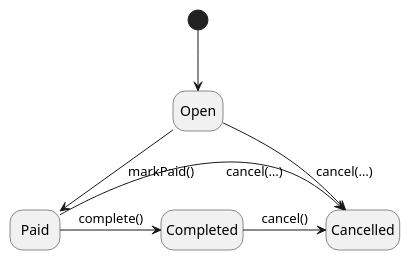
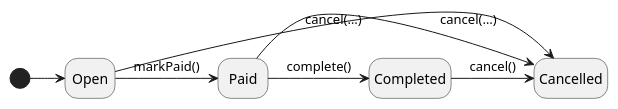
Before and after one commit to st-tu-dresden/salespoint: the second of 2 diagrams in src/main/asciidoc/salespoint-reference.adoc, drawn with PlantUML. The commit also changed other lines of this file and 3 other files, not shown here.

First line of the commit message:
#236 - Added modulith component diagrams to reference documentation.

```diff
--- a/src/main/asciidoc/salespoint-reference.adoc
+++ b/src/main/asciidoc/salespoint-reference.adoc
@@ -423,10 +445,10 @@
 [plantuml, order-lifecycle, svg]
 ....
 hide empty description
-[*] --> Open
-Open --> Paid : markPaid()
-Open --> Cancelled : cancel(…)
+[*] -> Open
+Open -> Paid : markPaid()
+Open -> Cancelled : cancel(…)
 Paid -> Cancelled : cancel(…)
 Paid -> Completed : complete()
 Completed -> Cancelled : cancel()
 ....
```
